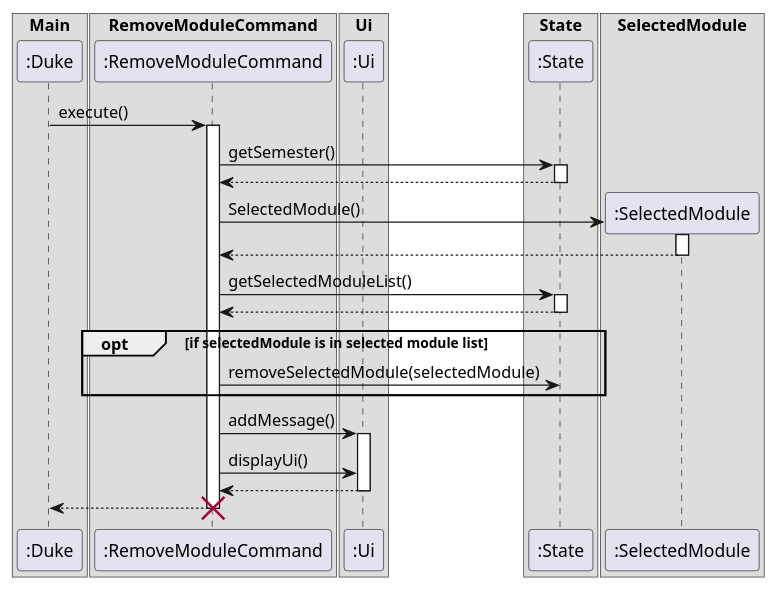
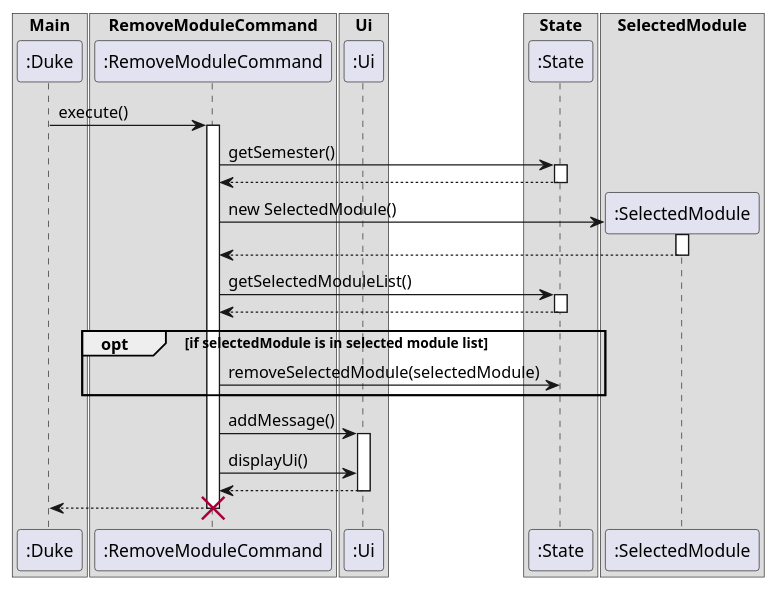
The diagram in docs/UMLdiagrams/RemoveModuleCommandSequenceDiagram.puml (nus-cs2113-AY2223S1/tp), drawn with PlantUML before and after one commit. The commit also changed 1 other file, not shown here.

Commit message:
edited diagram

```diff
--- a/docs/UMLdiagrams/RemoveModuleCommandSequenceDiagram.puml
+++ b/docs/UMLdiagrams/RemoveModuleCommandSequenceDiagram.puml
@@ -1,52 +1,52 @@
 @startuml
 box Main
 Participant ":Duke" as Duke
 end box
 box RemoveModuleCommand
 Participant ":RemoveModuleCommand" as RemoveModuleCommand
 end box
 box Ui
 Participant ":Ui" as Ui
 end box
 box State
 Participant ":State" as State
 end box
 box SelectedModule
 Participant ":SelectedModule" as SelectedModule
 end box
 
 Duke -> RemoveModuleCommand : execute()
 activate RemoveModuleCommand
 RemoveModuleCommand -> State : getSemester()
 activate State
 State --> RemoveModuleCommand
 deactivate State
 
 create SelectedModule
-RemoveModuleCommand -> SelectedModule : SelectedModule()
+RemoveModuleCommand -> SelectedModule : new SelectedModule()
 activate SelectedModule
 SelectedModule --> RemoveModuleCommand
 deactivate SelectedModule
 
 
 RemoveModuleCommand -> State :getSelectedModuleList()
 activate State
 State --> RemoveModuleCommand
 deactivate State
 
 opt if selectedModule is in selected module list
 RemoveModuleCommand -> State :removeSelectedModule(selectedModule)
 end
 
 RemoveModuleCommand -> Ui: addMessage()
 activate Ui
 RemoveModuleCommand -> Ui: displayUi()
 Ui --> RemoveModuleCommand
 deactivate Ui
 RemoveModuleCommand --> Duke
 
 deactivate RemoveModuleCommand
 
 destroy RemoveModuleCommand
 
 @enduml
```
